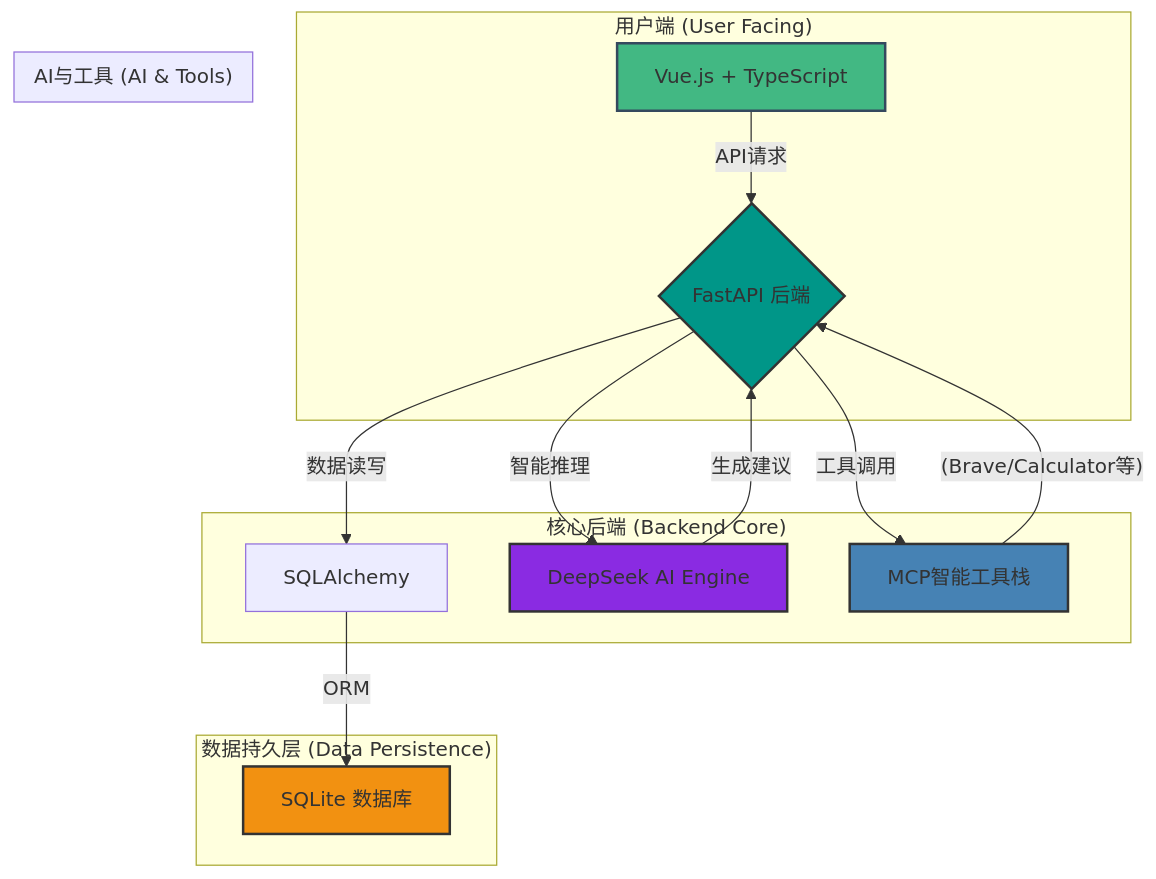
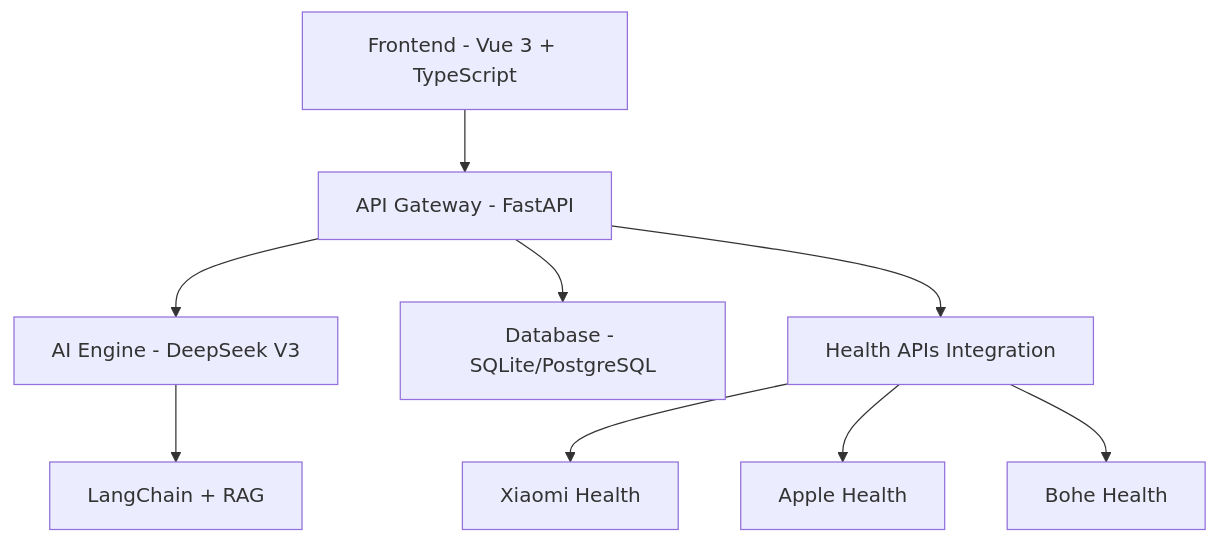
The diagram in README.md (PrescottClub/AuraWell_Agent), drawn with Mermaid before and after one commit. The commit also changed other lines of this file and 40 other files, not shown here.

````diff
--- a/README.md
+++ b/README.md
@@ -17,27 +48,11 @@
 ```mermaid
-graph TD
-    subgraph "用户端 (User Facing)"
-        A[Vue.js + TypeScript] -- API请求 --> B{FastAPI 后端};
-    end
-
-    subgraph "核心后端 (Backend Core)"
-        B -- 数据读写 --> C[SQLAlchemy];
-        B -- 智能推理 --> D[DeepSeek AI Engine];
-        B -- 工具调用 --> E[MCP智能工具栈];
-    end
-
-    subgraph "数据持久层 (Data Persistence)"
-        C -- ORM --> F[SQLite 数据库];
-    end
-
-    subgraph "AI与工具 (AI & Tools)"
-        D -- 生成建议 --> B;
-        E -- (Brave/Calculator等) --> B;
-    end
-
-    style A fill:#42b883,stroke:#35495e,stroke-width:2px
-    style B fill:#009688,stroke:#333,stroke-width:2px
-    style F fill:#f29111,stroke:#333,stroke-width:2px
-    style D fill:#8a2be2,stroke:#333,stroke-width:2px
-    style E fill:#4682b4,stroke:#333,stroke-width:2px
+graph TB
+    A[Frontend - Vue 3 + TypeScript] --> B[API Gateway - FastAPI]
+    B --> C[AI Engine - DeepSeek V3]
+    B --> D[Database - SQLite/PostgreSQL]
+    B --> E[Health APIs Integration]
+    C --> F[LangChain + RAG]
+    E --> G[Xiaomi Health]
+    E --> H[Apple Health]
+    E --> I[Bohe Health]
 ```
````
